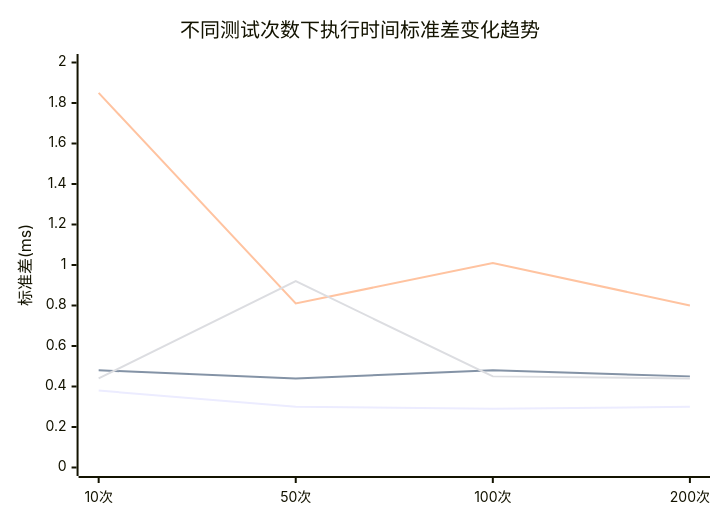
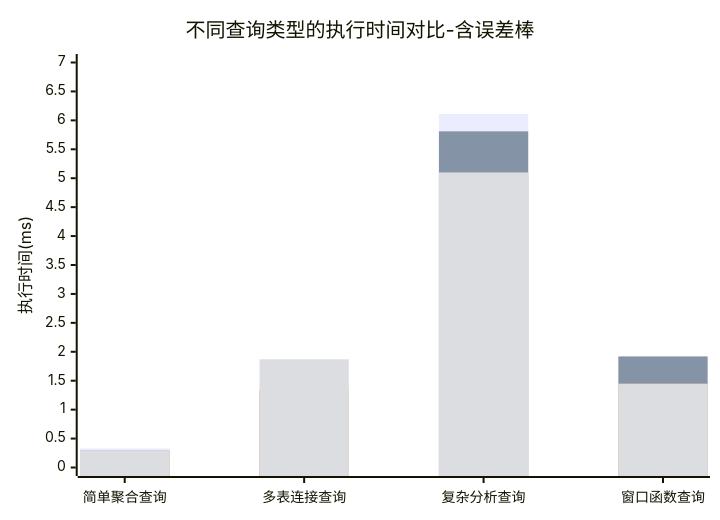
One commit to crazypenguincode/duckdb changed the diagram in md/images/5-图5.4 不同查询类型的执行时间对比-含误差棒.mmd. Above: the diagram before and after it, drawn with Mermaid. The commit also changed 93 other files, not shown here.

```diff
--- a/md/images/5-图5.4 不同查询类型的执行时间对比-含误差棒.mmd
+++ b/md/images/5-图5.4 不同查询类型的执行时间对比-含误差棒.mmd
@@ -1,8 +1,8 @@
 xychart-beta
-    title "不同测试次数下执行时间标准差变化趋势"
-    x-axis ["10次", "50次", "100次", "200次"]
-    y-axis "标准差(ms)" 0 --> 2.0
-    line "简单聚合查询" [0.38, 0.30, 0.29, 0.30]
-    line "多表连接查询" [0.48, 0.44, 0.48, 0.45]
-    line "复杂分析查询" [1.85, 0.81, 1.01, 0.80]
-    line "窗口函数查询" [0.44, 0.92, 0.45, 0.44]
+    title "不同查询类型的执行时间对比-含误差棒"
+    x-axis ["简单聚合查询", "多表连接查询", "复杂分析查询", "窗口函数查询"]
+    y-axis "执行时间(ms)" 0 --> 7
+    bar "10次测试" [0.33, 1.33, 6.11, 1.33]
+    bar "50次测试" [0.30, 1.33, 5.81, 1.92]
+    bar "100次测试" [0.29, 1.33, 5.03, 1.45]
+    bar "200次测试" [0.30, 1.87, 5.10, 1.44]
```
